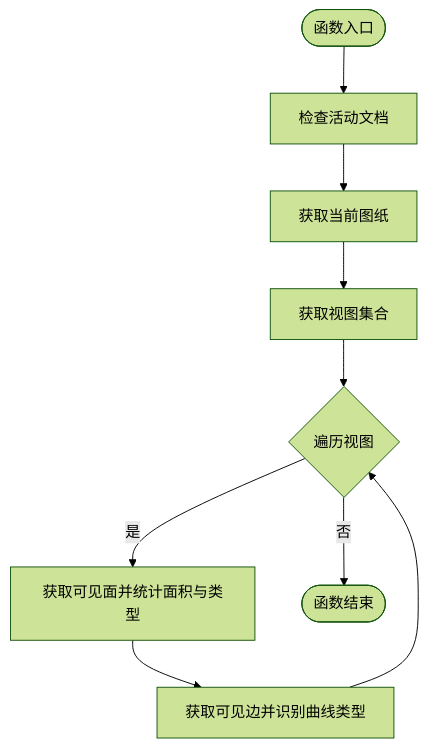
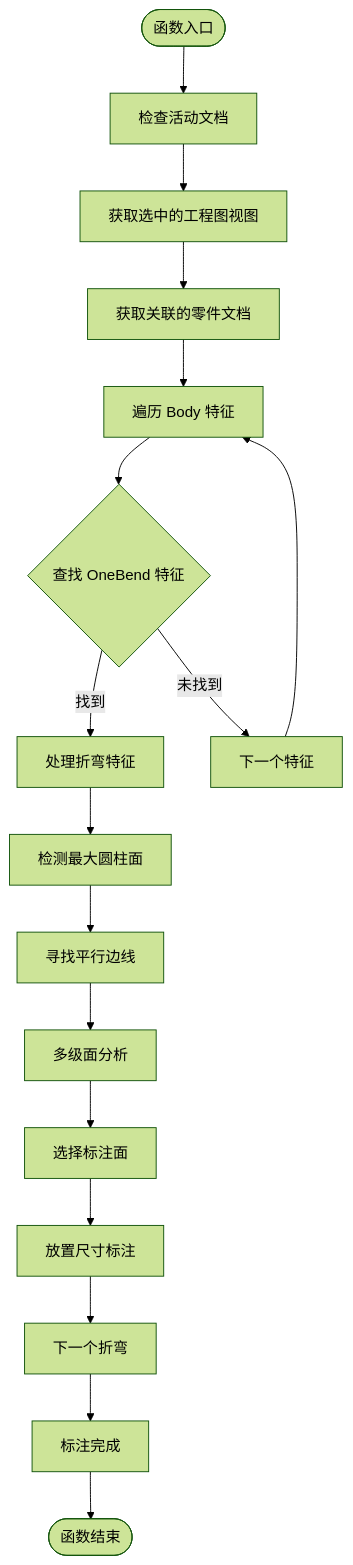
One commit to feudal1/my_csharp changed the fifth of 8 diagrams in .qoder/repowiki/zh/content/共享功能库/共享功能库.md. Above: the diagram before and after it, drawn with Mermaid (forest theme). The commit also changed other lines of this file and 6 other files, not shown here.

````diff
--- a/.qoder/repowiki/zh/content/共享功能库/共享功能库.md
+++ b/.qoder/repowiki/zh/content/共享功能库/共享功能库.md
@@ -187,11 +204,19 @@
 ```mermaid
 flowchart TD
 Start(["函数入口"]) --> CheckDoc["检查活动文档"]
-CheckDoc --> GetSheet["获取当前图纸"]
-GetSheet --> GetViews["获取视图集合"]
-GetViews --> LoopViews{"遍历视图"}
-LoopViews --> |是| GetFaces["获取可见面并统计面积与类型"]
-GetFaces --> GetEdges["获取可见边并识别曲线类型"]
-GetEdges --> LoopViews
-LoopViews --> |否| End(["函数结束"])
+CheckDoc --> GetView["获取选中的工程图视图"]
+GetView --> GetPart["获取关联的零件文档"]
+GetPart --> IterateBodies["遍历 Body 特征"]
+IterateBodies --> FindBend{"查找 OneBend 特征"}
+FindBend --> |找到| ProcessBend["处理折弯特征"]
+FindBend --> |未找到| NextFeature["下一个特征"]
+ProcessBend --> DetectCylinder["检测最大圆柱面"]
+DetectCylinder --> FindParallelEdges["寻找平行边线"]
+FindParallelEdges --> LevelAnalysis["多级面分析"]
+LevelAnalysis --> SelectFaces["选择标注面"]
+SelectFaces --> PlaceDim["放置尺寸标注"]
+PlaceDim --> NextBend["下一个折弯"]
+NextFeature --> IterateBodies
+NextBend --> Complete["标注完成"]
+Complete --> End(["函数结束"])
 ```
````
